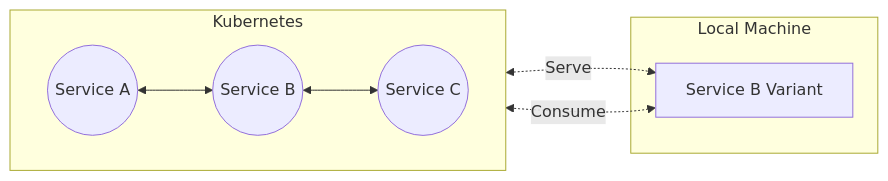
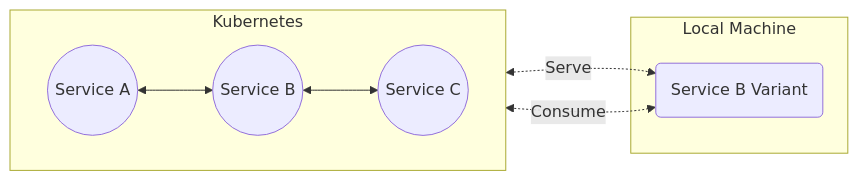
The diagram in docs/welcome/overview.mdx (c6o/docs), drawn with Mermaid before and after one commit. The commit also changed other lines of this file, not shown here.

````diff
--- a/docs/welcome/overview.mdx
+++ b/docs/welcome/overview.mdx
@@ -12,13 +12,13 @@
 ```mermaid
 flowchart LR
     subgraph Kubernetes
     direction LR
     Frontend((Service A)) <--> Core
     Core((Service B)) <--> Database((Service C))
     end
 
     subgraph Local Machine
     Frontend <-.-> |Serve|Local-Core
-    Local-Core[Service B Variant] <-.-> |Consume| Database
+     Local-Core(Service B Variant) <-.-> |Consume| Database
     end
 ```
````
